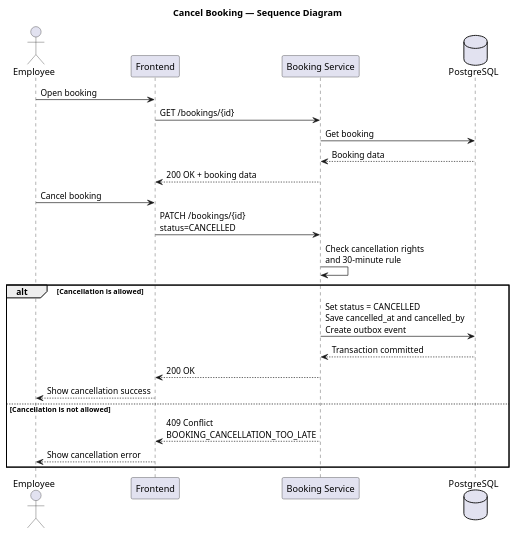
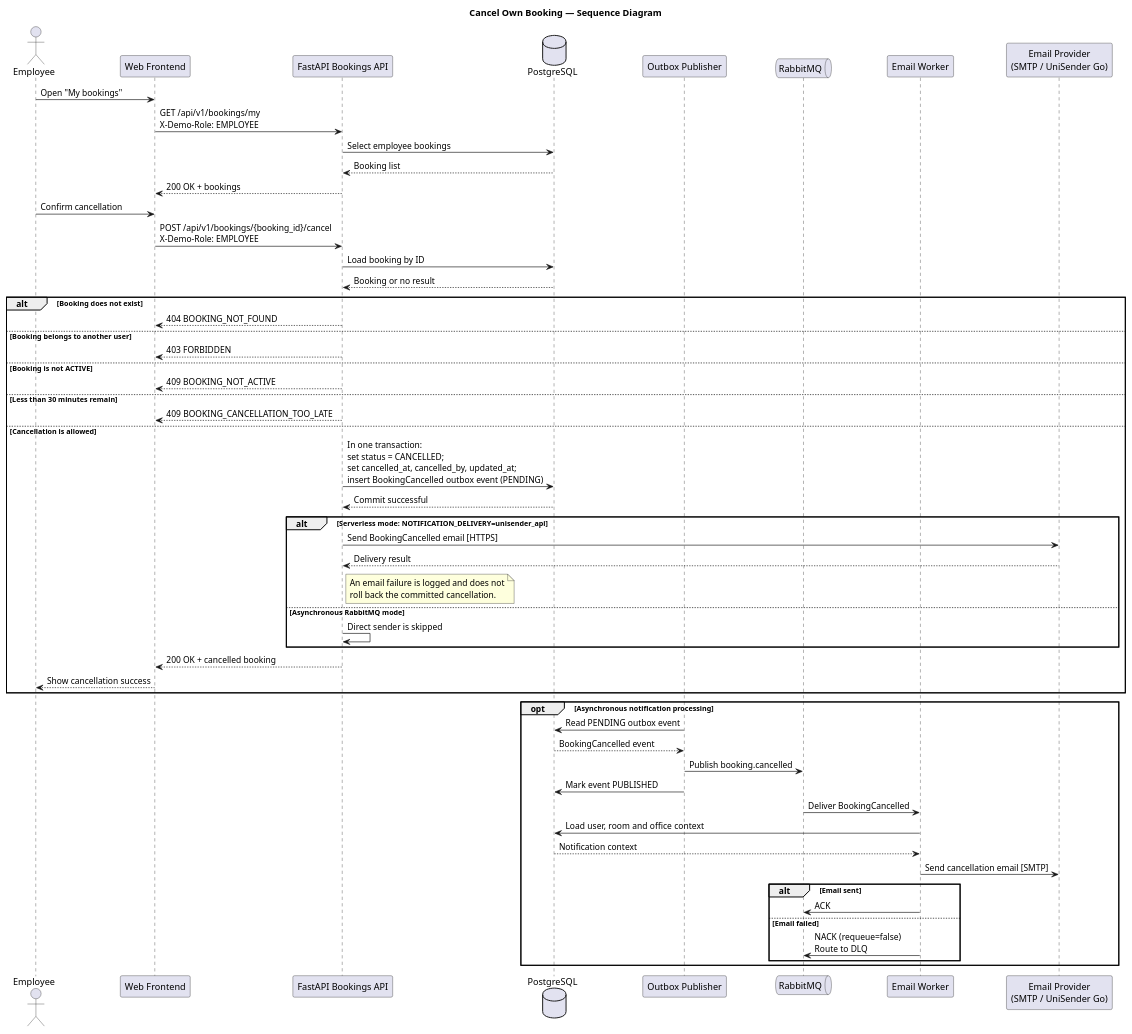
The diagram in docs/uml/Sequence_Cancel_Booking.puml (e2ali2/meeting-room-booking-system), drawn with PlantUML before and after one commit. The commit also changed 1 other file, not shown here.

Commit message:
docs: align architecture diagrams with implementation

```diff
--- a/docs/uml/Sequence_Cancel_Booking.puml
+++ b/docs/uml/Sequence_Cancel_Booking.puml
@@ -1,28 +1,67 @@
 @startuml
-
-title Cancel Booking — Sequence Diagram
+title Cancel Own Booking — Sequence Diagram
 
 actor Employee
-participant Frontend
-participant "Booking Service" as BookingService
+participant "Web Frontend" as Frontend
+participant "FastAPI Bookings API" as API
 database PostgreSQL
-Employee -> Frontend : Open booking
-Frontend -> BookingService : GET /bookings/{id}
-BookingService -> PostgreSQL : Get booking
-PostgreSQL --> BookingService : Booking data
-BookingService --> Frontend : 200 OK + booking data
+participant "Outbox Publisher" as Publisher
+queue RabbitMQ
+participant "Email Worker" as Worker
+participant "Email Provider\n(SMTP / UniSender Go)" as Email
 
-Employee -> Frontend : Cancel booking
-Frontend -> BookingService : PATCH /bookings/{id}\nstatus=CANCELLED
-BookingService -> BookingService : Check cancellation rights\nand 30-minute rule
-alt Cancellation is allowed
-    BookingService -> PostgreSQL : Set status = CANCELLED\nSave cancelled_at and cancelled_by\nCreate outbox event
-    PostgreSQL --> BookingService : Transaction committed
-    BookingService --> Frontend : 200 OK
+Employee -> Frontend : Open "My bookings"
+Frontend -> API : GET /api/v1/bookings/my\nX-Demo-Role: EMPLOYEE
+API -> PostgreSQL : Select employee bookings
+PostgreSQL --> API : Booking list
+API --> Frontend : 200 OK + bookings
+
+Employee -> Frontend : Confirm cancellation
+Frontend -> API : POST /api/v1/bookings/{booking_id}/cancel\nX-Demo-Role: EMPLOYEE
+API -> PostgreSQL : Load booking by ID
+PostgreSQL --> API : Booking or no result
+
+alt Booking does not exist
+    API --> Frontend : 404 BOOKING_NOT_FOUND
+else Booking belongs to another user
+    API --> Frontend : 403 FORBIDDEN
+else Booking is not ACTIVE
+    API --> Frontend : 409 BOOKING_NOT_ACTIVE
+else Less than 30 minutes remain
+    API --> Frontend : 409 BOOKING_CANCELLATION_TOO_LATE
+else Cancellation is allowed
+    API -> PostgreSQL : In one transaction:\nset status = CANCELLED;\nset cancelled_at, cancelled_by, updated_at;\ninsert BookingCancelled outbox event (PENDING)
+    PostgreSQL --> API : Commit successful
+
+    alt Serverless mode: NOTIFICATION_DELIVERY=unisender_api
+        API -> Email : Send BookingCancelled email [HTTPS]
+        Email --> API : Delivery result
+        note right of API
+          An email failure is logged and does not
+          roll back the committed cancellation.
+        end note
+    else Asynchronous RabbitMQ mode
+        API -> API : Direct sender is skipped
+    end
+
+    API --> Frontend : 200 OK + cancelled booking
     Frontend --> Employee : Show cancellation success
+end
 
-else Cancellation is not allowed
-    BookingService --> Frontend : 409 Conflict\nBOOKING_CANCELLATION_TOO_LATE
-    Frontend --> Employee : Show cancellation error
+opt Asynchronous notification processing
+    Publisher -> PostgreSQL : Read PENDING outbox event
+    PostgreSQL --> Publisher : BookingCancelled event
+    Publisher -> RabbitMQ : Publish booking.cancelled
+    Publisher -> PostgreSQL : Mark event PUBLISHED
+    RabbitMQ -> Worker : Deliver BookingCancelled
+    Worker -> PostgreSQL : Load user, room and office context
+    PostgreSQL --> Worker : Notification context
+    Worker -> Email : Send cancellation email [SMTP]
+    alt Email sent
+        Worker -> RabbitMQ : ACK
+    else Email failed
+        Worker -> RabbitMQ : NACK (requeue=false)\nRoute to DLQ
+    end
 end
+
 @enduml
```
